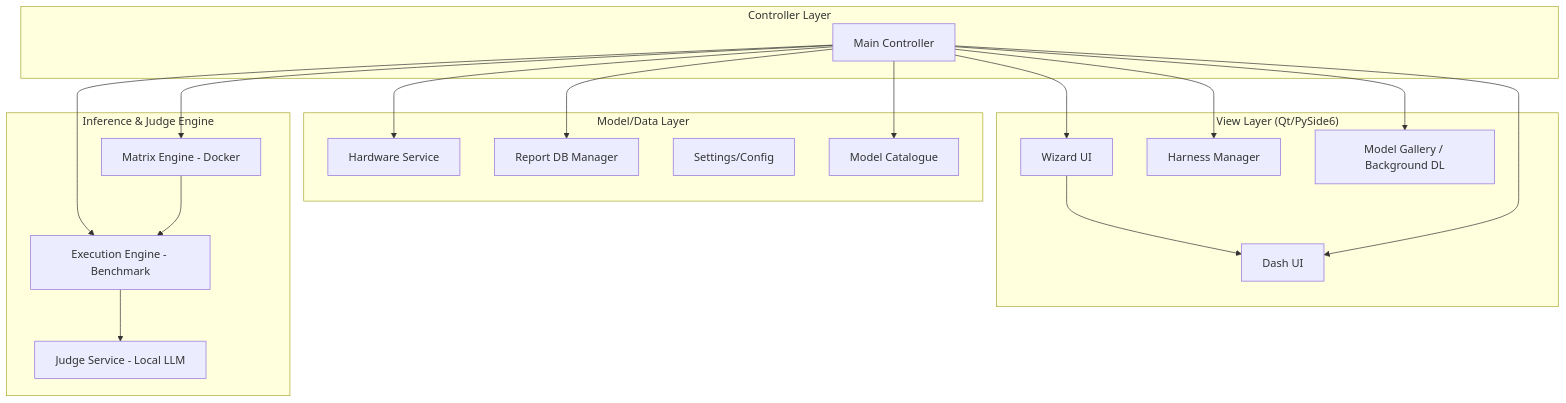
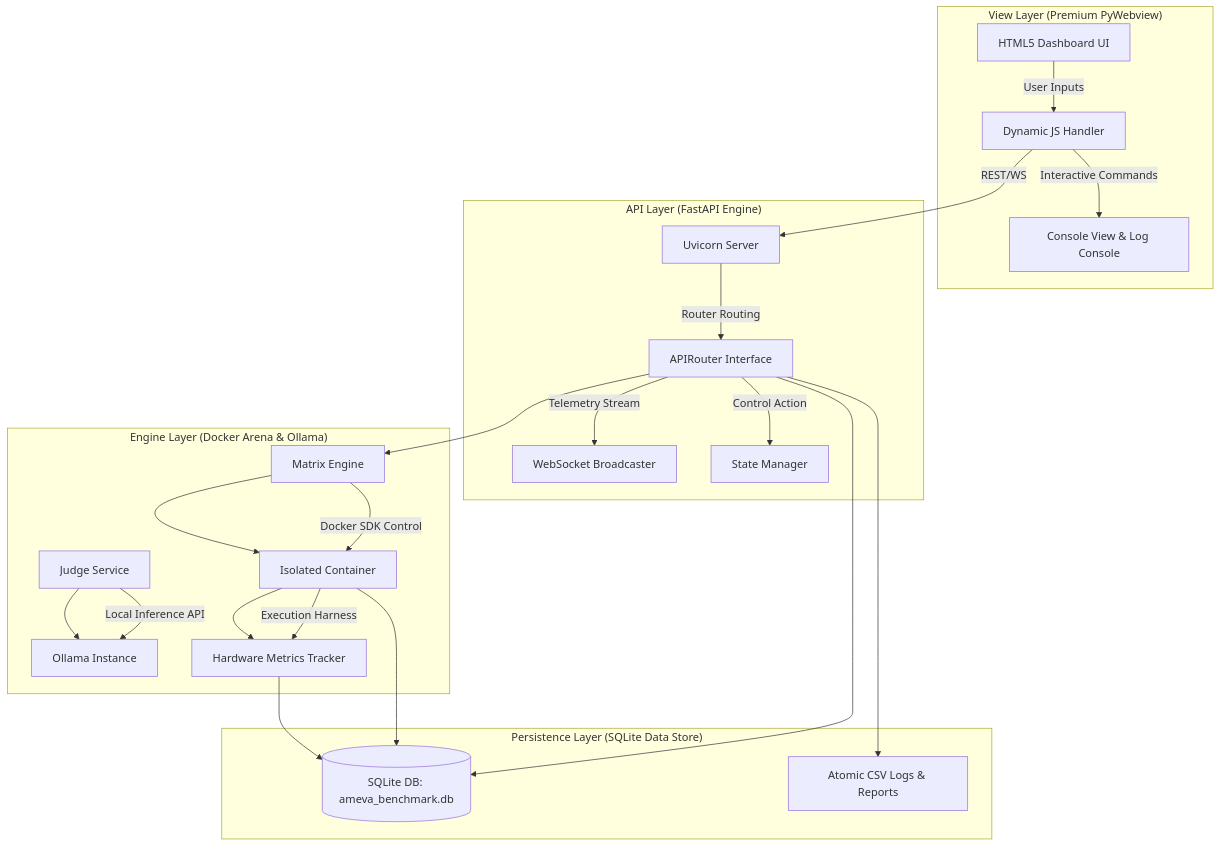
One commit to uno-km/AMEVA-Benchmark-Suite changed the first of 2 diagrams in README.md. Above: the diagram before and after it, drawn with Mermaid. The commit also changed other lines of this file, not shown here.

````diff
--- a/README.md
+++ b/README.md
@@ -39,31 +130,34 @@
 ```mermaid
 graph TD
-    subgraph "View Layer (Qt/PySide6)"
-        W[Wizard UI] --> D[Dash UI]
-        H[Harness Manager]
-        MG[Model Gallery / Background DL]
+    subgraph "View Layer (Premium PyWebview)"
+        A[HTML5 Dashboard UI] -->|User Inputs| B[Dynamic JS Handler]
+        B -->|Interactive Commands| C[Console View & Log Console]
     end
 
-    subgraph "Controller Layer"
-        MC[Main Controller]
+    subgraph "API Layer (FastAPI Engine)"
+        D[Uvicorn Server] -->|Router Routing| E[APIRouter Interface]
+        E -->|Telemetry Stream| F[WebSocket Broadcaster]
+        E -->|Control Action| G[State Manager]
     end
 
-    subgraph "Model/Data Layer"
-        HW[Hardware Service]
-        DB[Report DB Manager]
-        ST[Settings/Config]
-        MC_CAT[Model Catalogue]
+    subgraph "Engine Layer (Docker Arena & Ollama)"
+        H[Matrix Engine] -->|Docker SDK Control| I[Isolated Container]
+        J[Judge Service] -->|Local Inference API| K[Ollama Instance]
+        I -->|Execution Harness| L[Hardware Metrics Tracker]
     end
 
-    subgraph "Inference & Judge Engine"
-        ME[Matrix Engine - Docker]
-        EE[Execution Engine - Benchmark]
-        JS[Judge Service - Local LLM]
+    subgraph "Persistence Layer (SQLite Data Store)"
+        M[(SQLite DB: ameva_benchmark.db)]
+        N[Atomic CSV Logs & Reports]
     end
 
-    MC --> W & D & H & MG
-    MC --> HW & DB & MC_CAT
-    MC --> ME & EE
-    EE --> JS
-    ME --> EE
+    B -->|REST/WS| D
+    E --> M
+    E --> H
+    H --> I
+    I --> M
+    J --> K
+    I --> L
+    L --> M
+    E --> N
 ```
````
